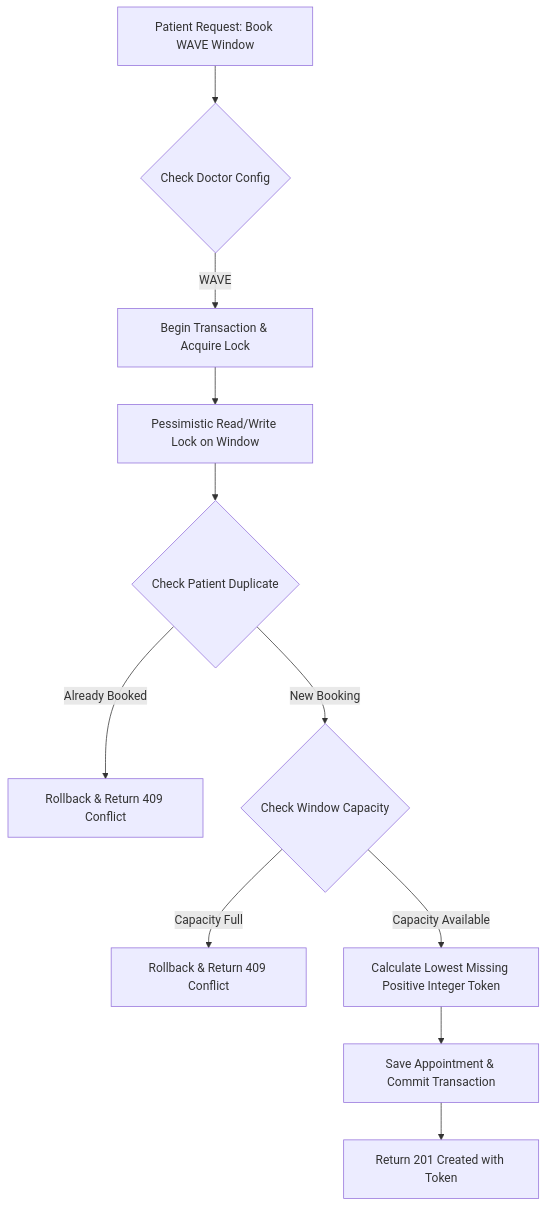
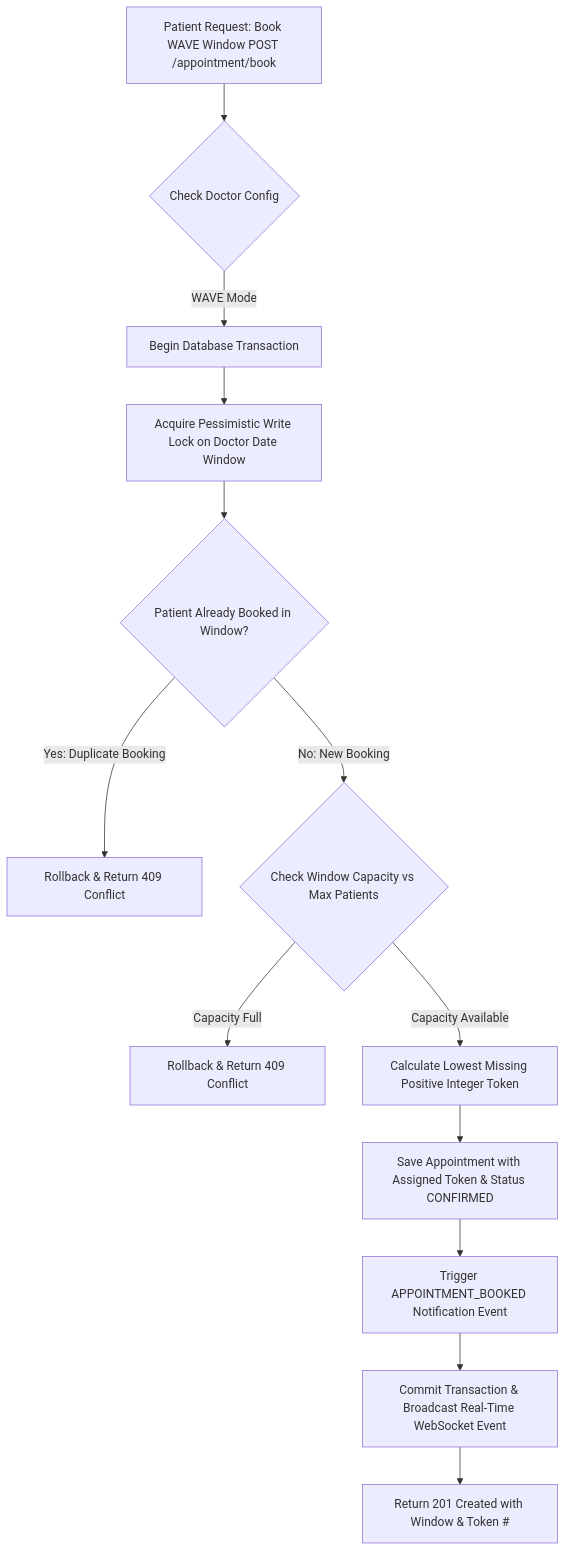
Before and after one commit to Jagadeesh729/schedula-jagadeesh: the second of 7 diagrams in docs/FLOWCHARTS.md, drawn with Mermaid. The commit also changed other lines of this file, not shown here.

Commit message:
docs(flowcharts): add comprehensive Mermaid flowcharts for all 7 milestones and workflows

````diff
--- a/docs/FLOWCHARTS.md
+++ b/docs/FLOWCHARTS.md
@@ -13,13 +26,15 @@
 ```mermaid
 graph TD
-    A[Patient Request: Book WAVE Window] --> B{Check Doctor Config}
-    B -->|WAVE| C[Begin Transaction & Acquire Lock]
-    C --> D[Pessimistic Read/Write Lock on Window]
-    D --> E{Check Patient Duplicate}
-    E -->|Already Booked| F[Rollback & Return 409 Conflict]
-    E -->|New Booking| G{Check Window Capacity}
+    A[Patient Request: Book WAVE Window POST /appointment/book] --> B{Check Doctor Config}
+    B -->|WAVE Mode| C[Begin Database Transaction]
+    C --> D[Acquire Pessimistic Write Lock on Doctor Date Window]
+    D --> E{Patient Already Booked in Window?}
+    E -->|Yes: Duplicate Booking| F[Rollback & Return 409 Conflict]
+    E -->|No: New Booking| G{Check Window Capacity vs Max Patients}
     G -->|Capacity Full| H[Rollback & Return 409 Conflict]
     G -->|Capacity Available| I[Calculate Lowest Missing Positive Integer Token]
-    I --> J[Save Appointment & Commit Transaction]
-    J --> K[Return 201 Created with Token]
+    I --> J[Save Appointment with Assigned Token & Status CONFIRMED]
+    J --> K[Trigger APPOINTMENT_BOOKED Notification Event]
+    K --> L[Commit Transaction & Broadcast Real-Time WebSocket Event]
+    L --> M[Return 201 Created with Window & Token #]
 ```
````
